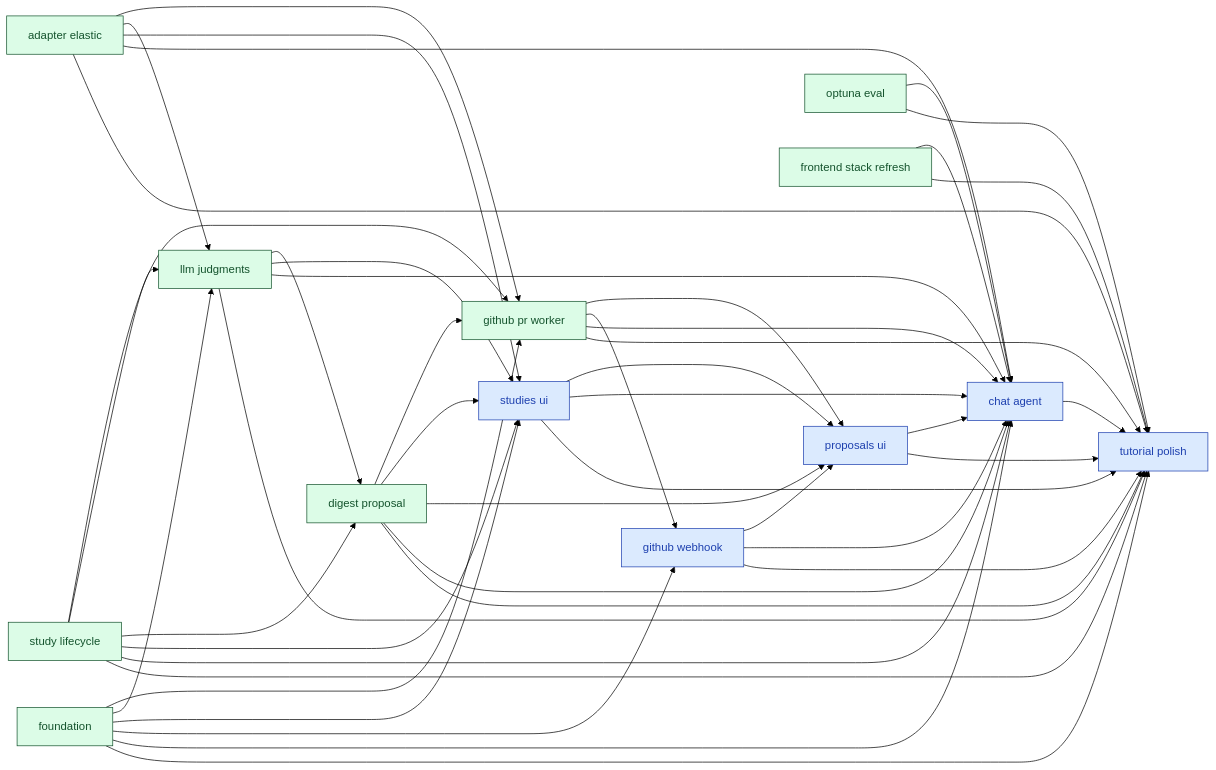
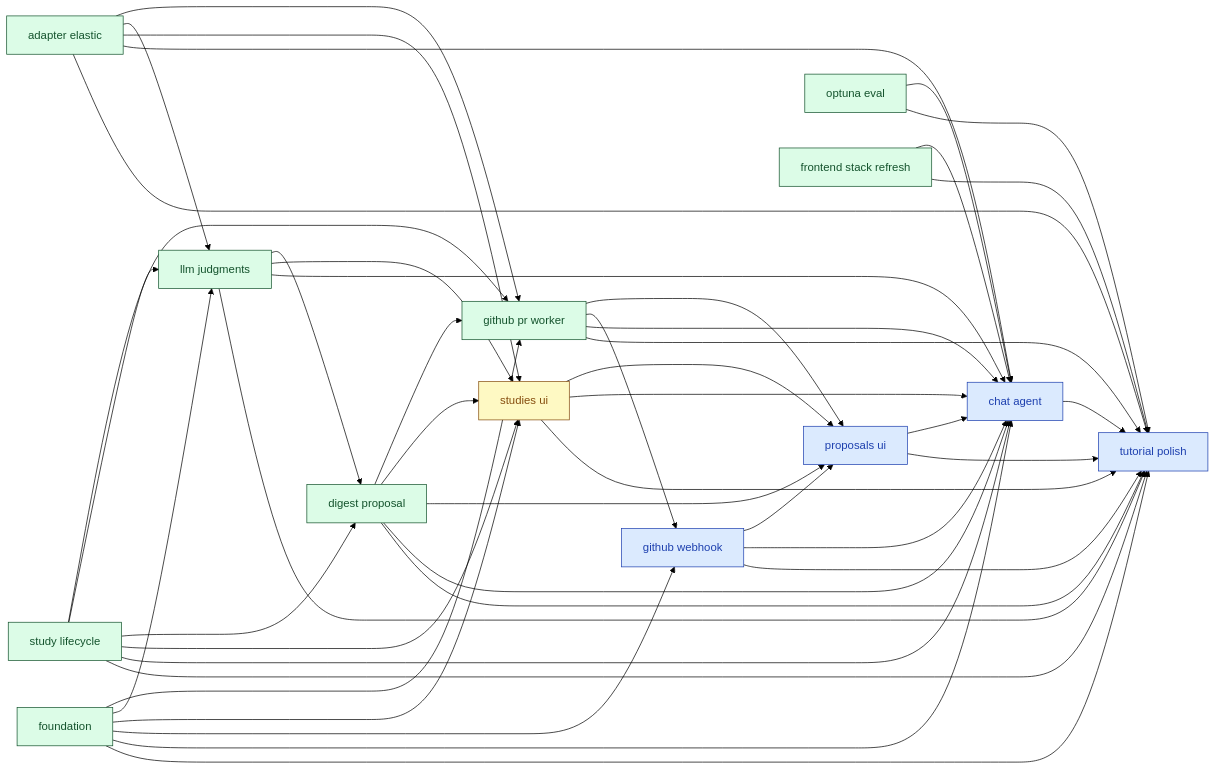
One commit to SoundMindsAI/relyloop changed the diagram in docs/00_overview/MVP1_DASHBOARD.md. Above: the diagram before and after it, drawn with Mermaid (forest theme). The commit also changed other lines of this file and 6 other files, not shown here.

````diff
--- a/docs/00_overview/MVP1_DASHBOARD.md
+++ b/docs/00_overview/MVP1_DASHBOARD.md
@@ -83,77 +86,77 @@
 ```mermaid
 graph LR
   classDef done fill:#dcfce7,stroke:#14532d,color:#14532d;
   classDef implement fill:#ffedd5,stroke:#9a3412,color:#9a3412;
   classDef plan fill:#fef9c3,stroke:#854d0e,color:#854d0e;
   classDef spec fill:#dbeafe,stroke:#1e40af,color:#1e40af;
   classDef idea fill:#f1f5f9,stroke:#334155,color:#334155;
   chore_tutorial_polish["tutorial polish"]
   class chore_tutorial_polish spec;
   feat_chat_agent["chat agent"]
   class feat_chat_agent spec;
   feat_github_webhook["github webhook"]
   class feat_github_webhook spec;
   feat_proposals_ui["proposals ui"]
   class feat_proposals_ui spec;
   feat_studies_ui["studies ui"]
-  class feat_studies_ui spec;
+  class feat_studies_ui plan;
   infra_foundation["foundation"]
   class infra_foundation done;
   feat_study_lifecycle["study lifecycle"]
   class feat_study_lifecycle done;
   infra_adapter_elastic["adapter elastic"]
   class infra_adapter_elastic done;
   infra_optuna_eval["optuna eval"]
   class infra_optuna_eval done;
   feat_digest_proposal["digest proposal"]
   class feat_digest_proposal done;
   feat_llm_judgments["llm judgments"]
   class feat_llm_judgments done;
   feat_github_pr_worker["github pr worker"]
   class feat_github_pr_worker done;
   infra_frontend_stack_refresh["frontend stack refresh"]
   class infra_frontend_stack_refresh done;
   feat_chat_agent --> chore_tutorial_polish
   feat_digest_proposal --> chore_tutorial_polish
   feat_github_pr_worker --> chore_tutorial_polish
   feat_github_webhook --> chore_tutorial_polish
   feat_llm_judgments --> chore_tutorial_polish
   feat_proposals_ui --> chore_tutorial_polish
   feat_studies_ui --> chore_tutorial_polish
   feat_study_lifecycle --> chore_tutorial_polish
   infra_adapter_elastic --> chore_tutorial_polish
   infra_foundation --> chore_tutorial_polish
   infra_frontend_stack_refresh --> chore_tutorial_polish
   infra_optuna_eval --> chore_tutorial_polish
   feat_digest_proposal --> feat_chat_agent
   feat_github_pr_worker --> feat_chat_agent
   feat_github_webhook --> feat_chat_agent
   feat_llm_judgments --> feat_chat_agent
   feat_proposals_ui --> feat_chat_agent
   feat_studies_ui --> feat_chat_agent
   feat_study_lifecycle --> feat_chat_agent
   infra_adapter_elastic --> feat_chat_agent
   infra_foundation --> feat_chat_agent
   infra_frontend_stack_refresh --> feat_chat_agent
   infra_optuna_eval --> feat_chat_agent
   infra_foundation --> feat_github_webhook
   feat_github_pr_worker --> feat_github_webhook
   feat_studies_ui --> feat_proposals_ui
   feat_digest_proposal --> feat_proposals_ui
   feat_github_pr_worker --> feat_proposals_ui
   feat_github_webhook --> feat_proposals_ui
   infra_foundation --> feat_studies_ui
   feat_study_lifecycle --> feat_studies_ui
   feat_digest_proposal --> feat_studies_ui
   feat_llm_judgments --> feat_studies_ui
   infra_adapter_elastic --> feat_studies_ui
   feat_study_lifecycle --> feat_digest_proposal
   feat_llm_judgments --> feat_digest_proposal
   infra_foundation --> feat_llm_judgments
   infra_adapter_elastic --> feat_llm_judgments
   feat_study_lifecycle --> feat_llm_judgments
   infra_foundation --> feat_github_pr_worker
   infra_adapter_elastic --> feat_github_pr_worker
   feat_study_lifecycle --> feat_github_pr_worker
   feat_digest_proposal --> feat_github_pr_worker
 ```
````
